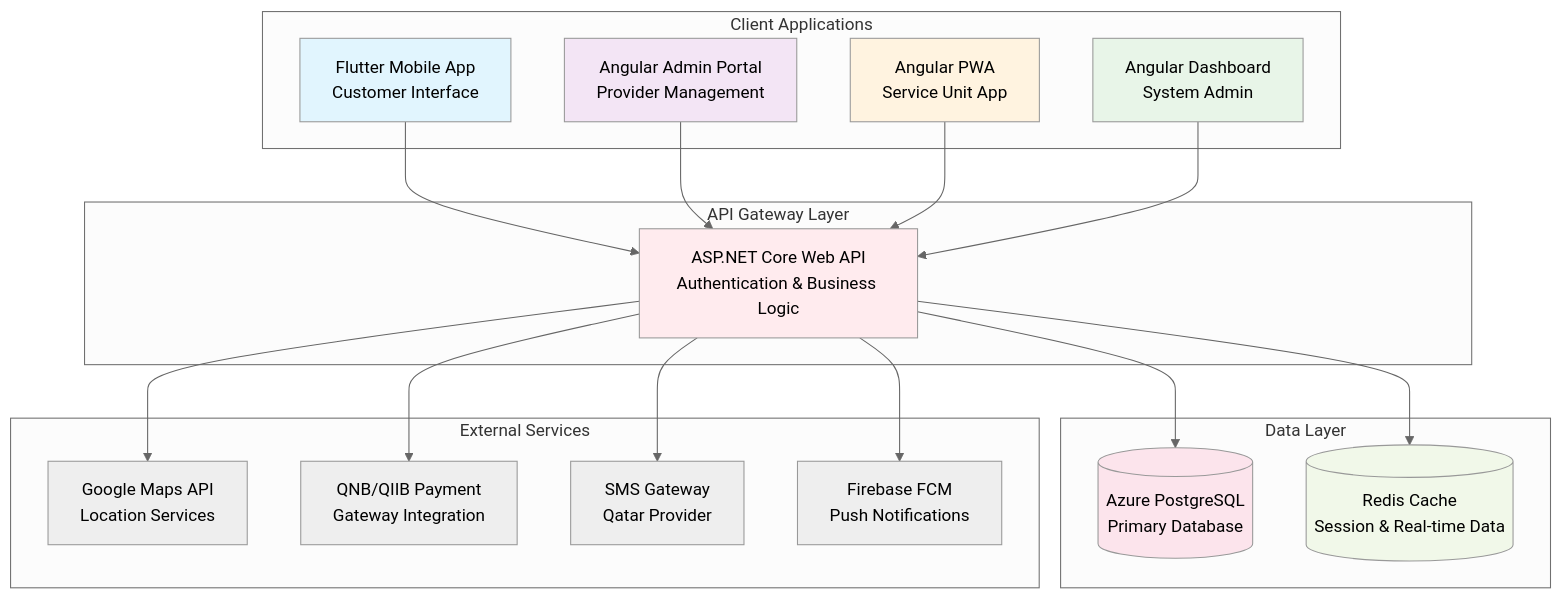
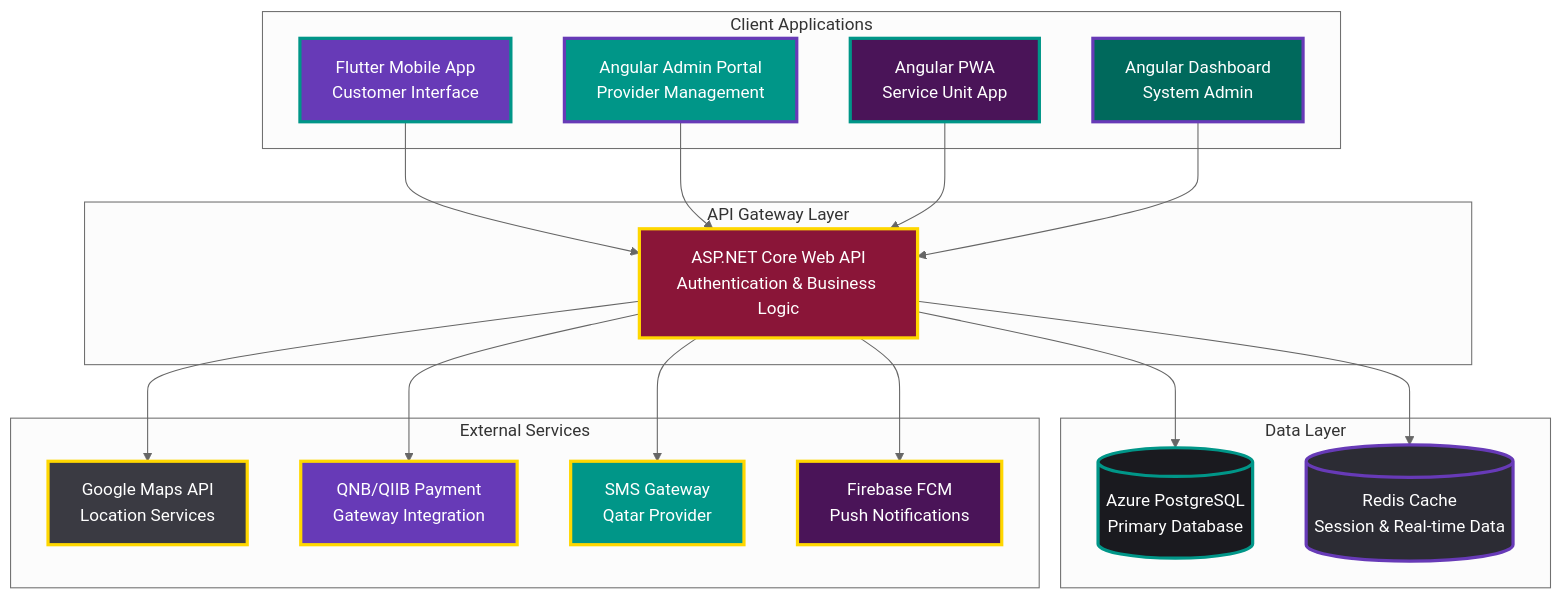
The diagram in docs/index.md (moe-cws/cws-docs), drawn with Mermaid (neutral theme) before and after one commit. The commit also changed 1 other file, not shown here.

Commit message:
Update system architecture diagram with Qatar-themed block colors
- Replace light pastel colors with professional Qatar business colors
- Use deep purple, teal, maroon, and dark grays for block backgrounds
- Add thick teal/purple/gold borders for better definition
- Ensure white text on all blocks for maximum readability
- Create visual hierarchy with complementary color combinations
- Apply consistent styling across main PRD and test diagrams

Color scheme:
- Client Apps: Deep purple, teal, accent purple, teal dark
- API Gateway: Qatar maroon with gold border
- Data Layer: Dark backgrounds with contrasting borders
- External Services: Various Qatar colors with gold borders

All blocks now have white text with 3px borders for professional appearance.

🤖 Generated with [Claude Code](https://claude.ai/code)

````diff
--- a/docs/index.md
+++ b/docs/index.md
@@ -111,44 +111,48 @@
 ```mermaid
 graph TB
     subgraph "Client Applications"
         A[Flutter Mobile App<br/>Customer Interface]
         B[Angular Admin Portal<br/>Provider Management]
         C[Angular PWA<br/>Service Unit App]
         D[Angular Dashboard<br/>System Admin]
     end
 
     subgraph "API Gateway Layer"
         E[ASP.NET Core Web API<br/>Authentication & Business Logic]
     end
 
     subgraph "Data Layer"
         F[(Azure PostgreSQL<br/>Primary Database)]
         G[(Redis Cache<br/>Session & Real-time Data)]
     end
 
     subgraph "External Services"
         H[Google Maps API<br/>Location Services]
         I[QNB/QIIB Payment<br/>Gateway Integration]
         J[SMS Gateway<br/>Qatar Provider]
         K[Firebase FCM<br/>Push Notifications]
     end
 
     A --> E
     B --> E
     C --> E
     D --> E
     E --> F
     E --> G
     E --> H
     E --> I
     E --> J
     E --> K
 
-    style A fill:#e1f5fe
-    style B fill:#f3e5f5
-    style C fill:#fff3e0
-    style D fill:#e8f5e8
-    style E fill:#ffebee
-    style F fill:#fce4ec
-    style G fill:#f1f8e9
+    style A fill:#673AB7,stroke:#009688,stroke-width:3px,color:#FFFFFF
+    style B fill:#009688,stroke:#673AB7,stroke-width:3px,color:#FFFFFF
+    style C fill:#4A1458,stroke:#009688,stroke-width:3px,color:#FFFFFF
+    style D fill:#00695C,stroke:#673AB7,stroke-width:3px,color:#FFFFFF
+    style E fill:#8A1538,stroke:#FFD700,stroke-width:3px,color:#FFFFFF
+    style F fill:#1A1A1F,stroke:#009688,stroke-width:3px,color:#FFFFFF
+    style G fill:#2C2C34,stroke:#673AB7,stroke-width:3px,color:#FFFFFF
+    style H fill:#3A3A42,stroke:#FFD700,stroke-width:3px,color:#FFFFFF
+    style I fill:#673AB7,stroke:#FFD700,stroke-width:3px,color:#FFFFFF
+    style J fill:#009688,stroke:#FFD700,stroke-width:3px,color:#FFFFFF
+    style K fill:#4A1458,stroke:#FFD700,stroke-width:3px,color:#FFFFFF
 ```
````
